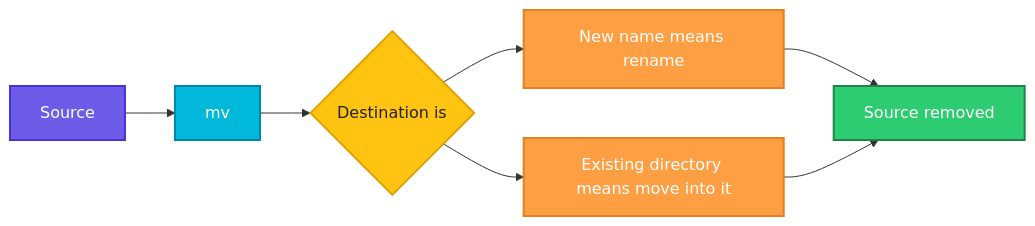
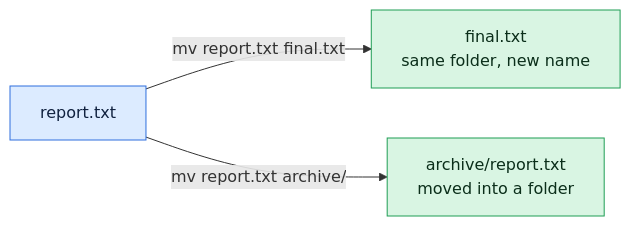
The diagram in linux/file-management/mv.md (codeKerdosTech/DevOps-Documentation), drawn with Mermaid before and after one commit. The commit also changed other lines of this file and 165 other files, not shown here.

Commit message:
updated diagrams in linux

````diff
--- a/linux/file-management/mv.md
+++ b/linux/file-management/mv.md
@@ -15,21 +15,12 @@
 ```mermaid
 flowchart LR
-    A[Source] --> B[mv]
-    B --> C{Destination is}
-    C --> D[New name means rename]
-    C --> E[Existing directory means move into it]
-    D --> F[Source removed]
-    E --> F
-    classDef start fill:#6C5CE7,stroke:#4834D4,stroke-width:2px,color:#fff
-    classDef proc fill:#00B8D9,stroke:#0087A8,stroke-width:2px,color:#fff
-    classDef dec fill:#FFC312,stroke:#E1A100,stroke-width:2px,color:#222
-    classDef ok fill:#2ECC71,stroke:#1E8449,stroke-width:2px,color:#fff
-    classDef err fill:#FF4757,stroke:#C0392B,stroke-width:2px,color:#fff
-    classDef out fill:#FD79A8,stroke:#E84393,stroke-width:2px,color:#fff
-    classDef alt fill:#FF9F43,stroke:#E67E22,stroke-width:2px,color:#fff
-    class A start
-    class B proc
-    class C dec
-    class D,E alt
-    class F ok
+    i1[report.txt] -->|mv report.txt final.txt| o1[final.txt<br/>same folder, new name]
+    i1 -->|mv report.txt archive/| o2[archive/report.txt<br/>moved into a folder]
+    classDef inp fill:#DCEBFF,stroke:#2F6FDE,color:#10213F
+    classDef cmd fill:#FFF0C2,stroke:#C98A00,color:#3A2A00
+    classDef out fill:#D9F5E3,stroke:#1F9D55,color:#0B2E1A
+    classDef bad fill:#FDE0E0,stroke:#D13B3B,color:#4A0F0F
+    classDef note fill:#ECEFF3,stroke:#7B8794,color:#1F2933
+    class i1 inp
+    class o1,o2 out
 ```
````
